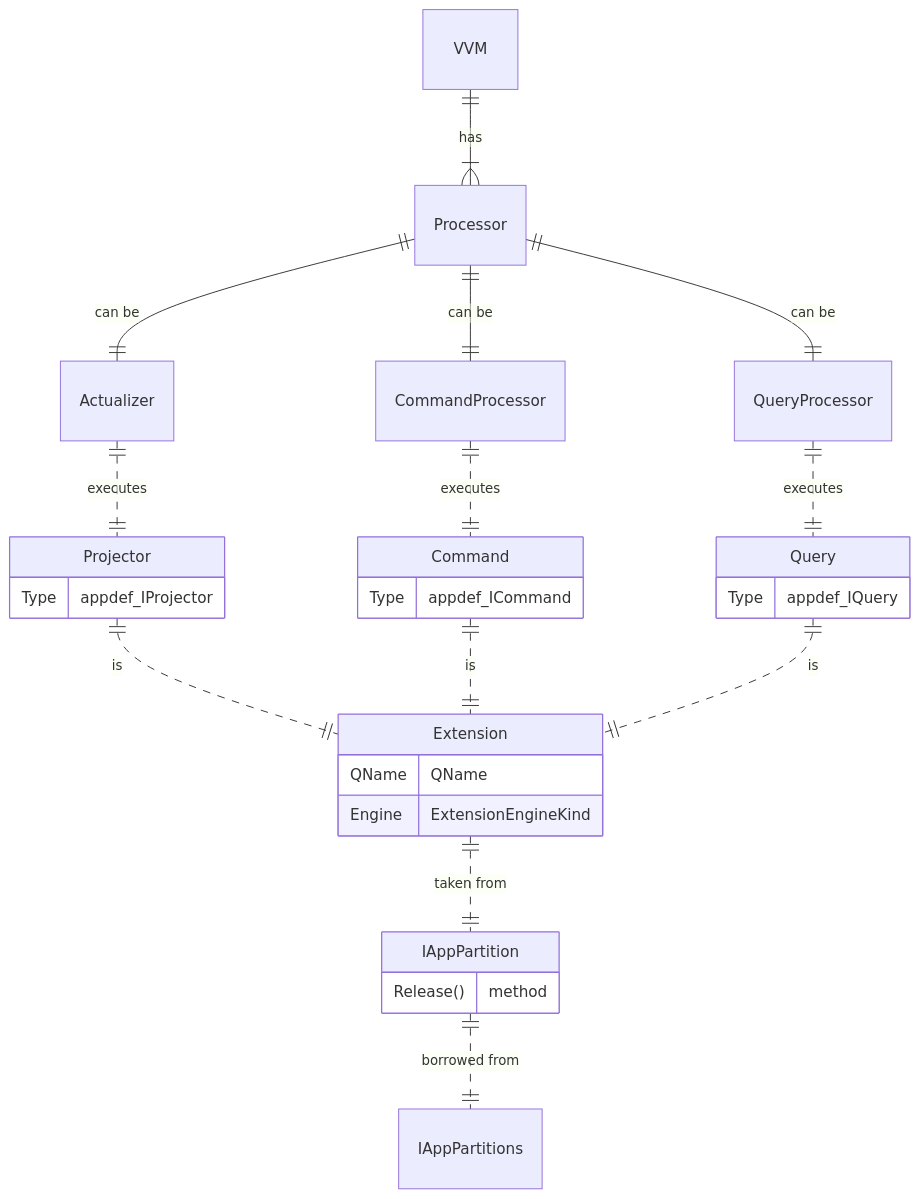
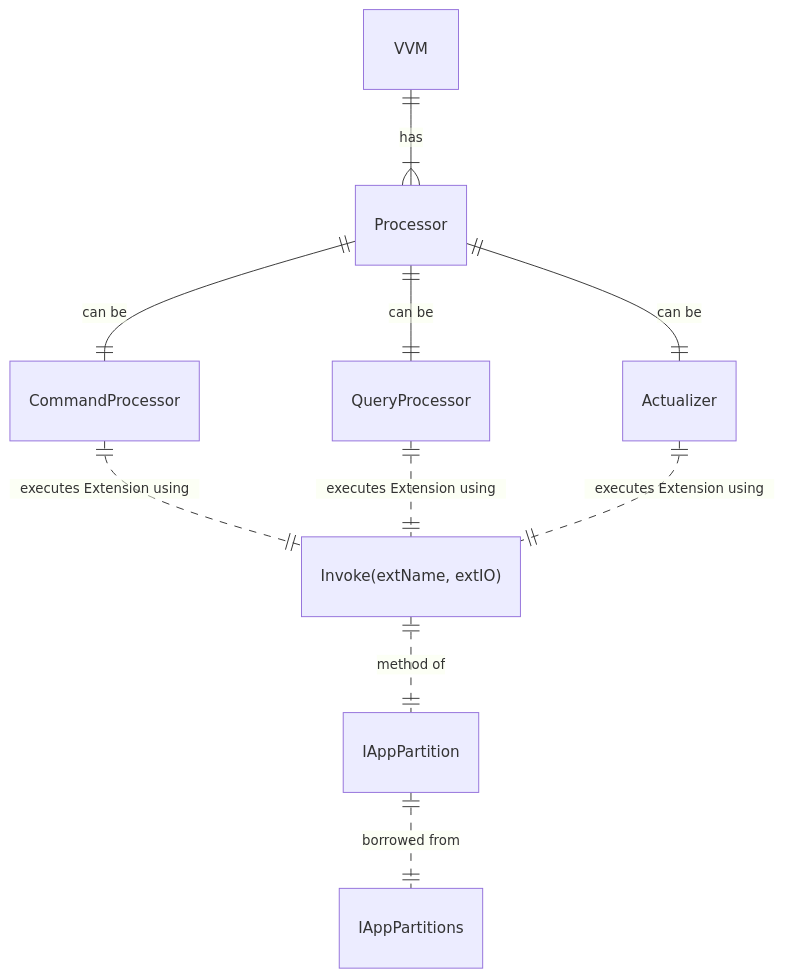
The fourth of 13 diagrams in design/README.md (voedger/voedger), drawn with Mermaid before and after one commit. The commit also changed other lines of this file and 2 other files, not shown here.

Commit message:
design: extensions

````diff
--- a/design/README.md
+++ b/design/README.md
@@ -128,44 +128,22 @@
 ```mermaid
     erDiagram
     
     %% Entities
-
-    Projector{
-        Type   appdef_IProjector
-    }
-    Query{
-        Type   appdef_IQuery
-    }
-    Command {
-        Type   appdef_ICommand
-    }   
-    Extension {
-      QName QName
-      Engine ExtensionEngineKind
-    }
-    IAppPartition {
-        Release() method
-    }       
 
     %% Relations
 
     VVM ||--|{ Processor : "has"
 
     Processor ||--|| CommandProcessor : "can be"
     Processor ||--|| QueryProcessor : "can be"
     Processor ||--|| Actualizer : "can be"   
 
+    CommandProcessor ||..|| "Invoke(extName, extIO)": "executes Extension using"
+    QueryProcessor ||..|| "Invoke(extName, extIO)": "executes Extension using"
+    Actualizer ||..|| "Invoke(extName, extIO)": "executes Extension using"
 
-    Actualizer ||..|| Projector: executes
-    CommandProcessor ||..|| Command: "executes"
-    QueryProcessor ||..|| Query: "executes"
-
-    Projector ||..|| Extension: "is"
-    Command ||..|| Extension: "is"
-    Query ||..|| Extension: "is"
-
-    Extension ||..|| IAppPartition: "taken from"
+    "Invoke(extName, extIO)" ||..|| IAppPartition: "method of"
 
 
     IAppPartition ||..|| IAppPartitions: "borrowed from"
 ```
````
